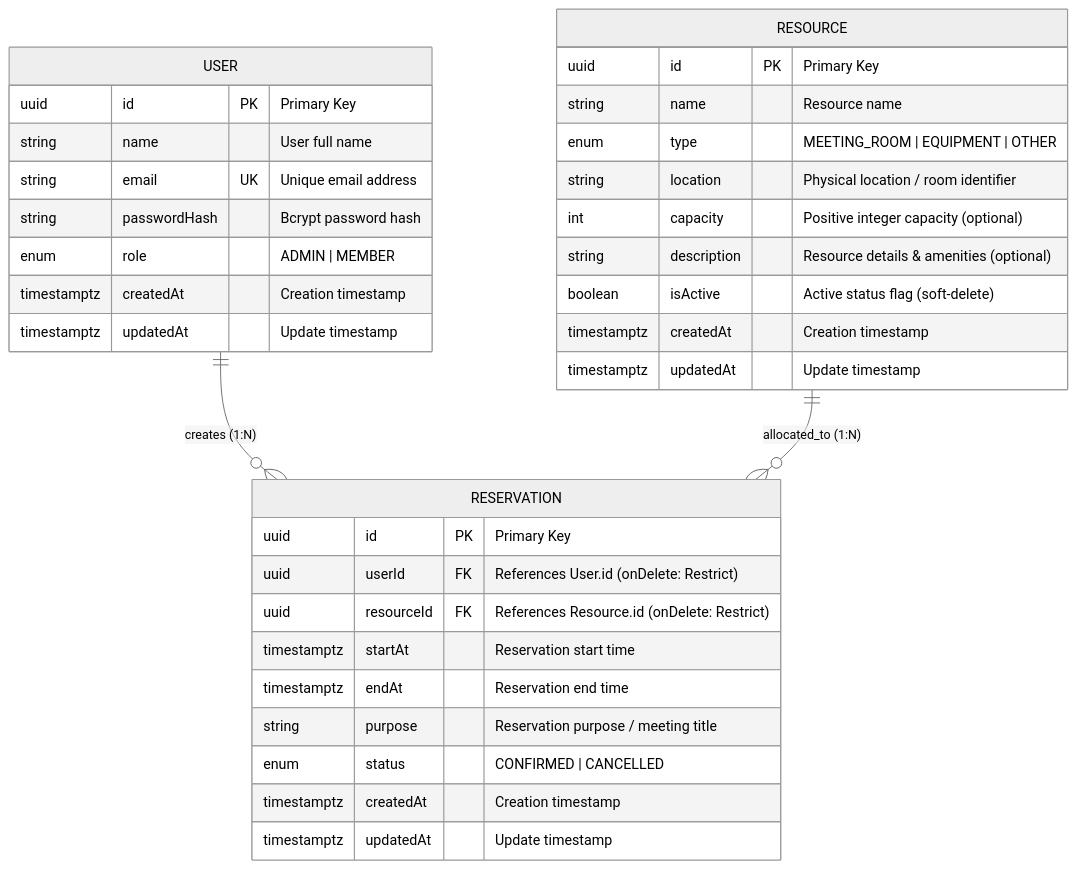
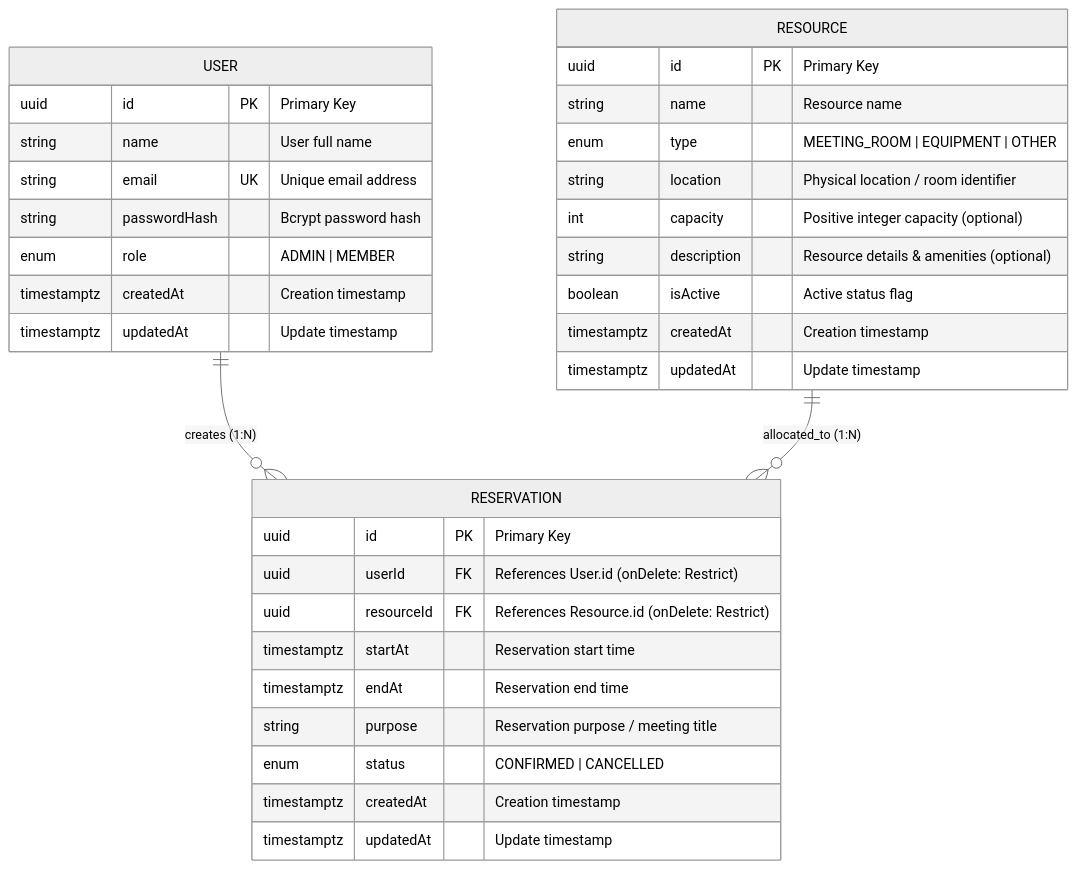
Before and after one commit to HimashaSawani/ReserveHub: the diagram in README.md, drawn with Mermaid (neutral theme). The commit also changed other lines of this file, not shown here.

Commit message:
Docs: refine ER diagram terminology and constraints explanation

````diff
--- a/README.md
+++ b/README.md
@@ -109,39 +109,39 @@
 ```mermaid
 erDiagram
     USER ||--o{ RESERVATION : "creates (1:N)"
     RESOURCE ||--o{ RESERVATION : "allocated_to (1:N)"
 
     USER {
         uuid id PK "Primary Key"
         string name "User full name"
         string email UK "Unique email address"
         string passwordHash "Bcrypt password hash"
         enum role "ADMIN | MEMBER"
         timestamptz createdAt "Creation timestamp"
         timestamptz updatedAt "Update timestamp"
     }
 
     RESOURCE {
         uuid id PK "Primary Key"
         string name "Resource name"
         enum type "MEETING_ROOM | EQUIPMENT | OTHER"
         string location "Physical location / room identifier"
         int capacity "Positive integer capacity (optional)"
         string description "Resource details & amenities (optional)"
-        boolean isActive "Active status flag (soft-delete)"
+        boolean isActive "Active status flag"
         timestamptz createdAt "Creation timestamp"
         timestamptz updatedAt "Update timestamp"
     }
 
     RESERVATION {
         uuid id PK "Primary Key"
         uuid userId FK "References User.id (onDelete: Restrict)"
         uuid resourceId FK "References Resource.id (onDelete: Restrict)"
         timestamptz startAt "Reservation start time"
         timestamptz endAt "Reservation end time"
         string purpose "Reservation purpose / meeting title"
         enum status "CONFIRMED | CANCELLED"
         timestamptz createdAt "Creation timestamp"
         timestamptz updatedAt "Update timestamp"
     }
 ```
````
